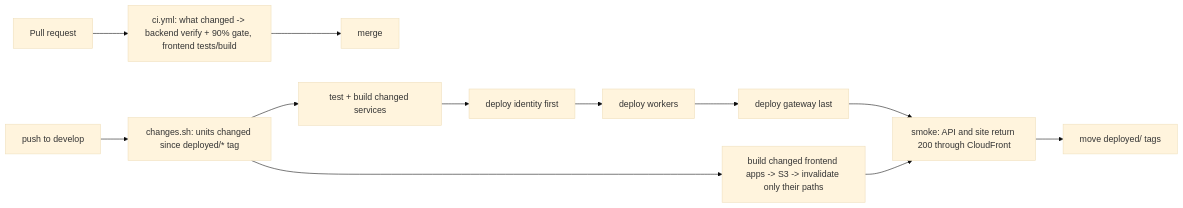
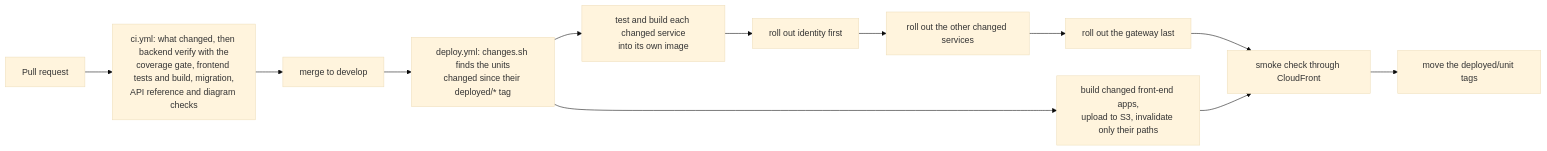
One commit to lucky1ravi/property changed the third of 4 diagrams in docs/architecture/DEPLOYMENT.md. Above: the diagram before and after it, drawn with Mermaid (base theme). The commit also changed other lines of this file and 47 other files, not shown here.

````diff
--- a/docs/architecture/DEPLOYMENT.md
+++ b/docs/architecture/DEPLOYMENT.md
@@ -39,13 +66,13 @@
 ```mermaid
 flowchart LR
-  PR[Pull request] --> CI[ci.yml: what changed -> backend verify + 90% gate, frontend tests/build]
-  CI --> MERGE[merge]
-  PUSH[push to develop] --> CH[changes.sh: units changed since deployed/* tag]
-  CH --> BT[test + build changed services]
-  BT --> DI[deploy identity first]
-  DI --> DW[deploy workers]
-  DW --> DG[deploy gateway last]
-  CH --> FE[build changed frontend apps -> S3 -> invalidate only their paths]
-  DG & FE --> SM[smoke: API and site return 200 through CloudFront]
-  SM --> TAG[move deployed/<unit> tags]
+  PR[Pull request] --> CI["ci.yml: what changed, then backend verify with the<br/>coverage gate, frontend tests and build, migration,<br/>API reference and diagram checks"]
+  CI --> MERGE[merge to develop]
+  MERGE --> CH["deploy.yml: changes.sh finds the units<br/>changed since their deployed/* tag"]
+  CH --> BT["test and build each changed service<br/>into its own image"]
+  BT --> DI[roll out identity first]
+  DI --> DW[roll out the other changed services]
+  DW --> DG[roll out the gateway last]
+  CH --> FE["build changed front-end apps,<br/>upload to S3, invalidate only their paths"]
+  DG & FE --> SM["smoke check through CloudFront"]
+  SM --> TAG["move the deployed/unit tags"]
 ```
````
